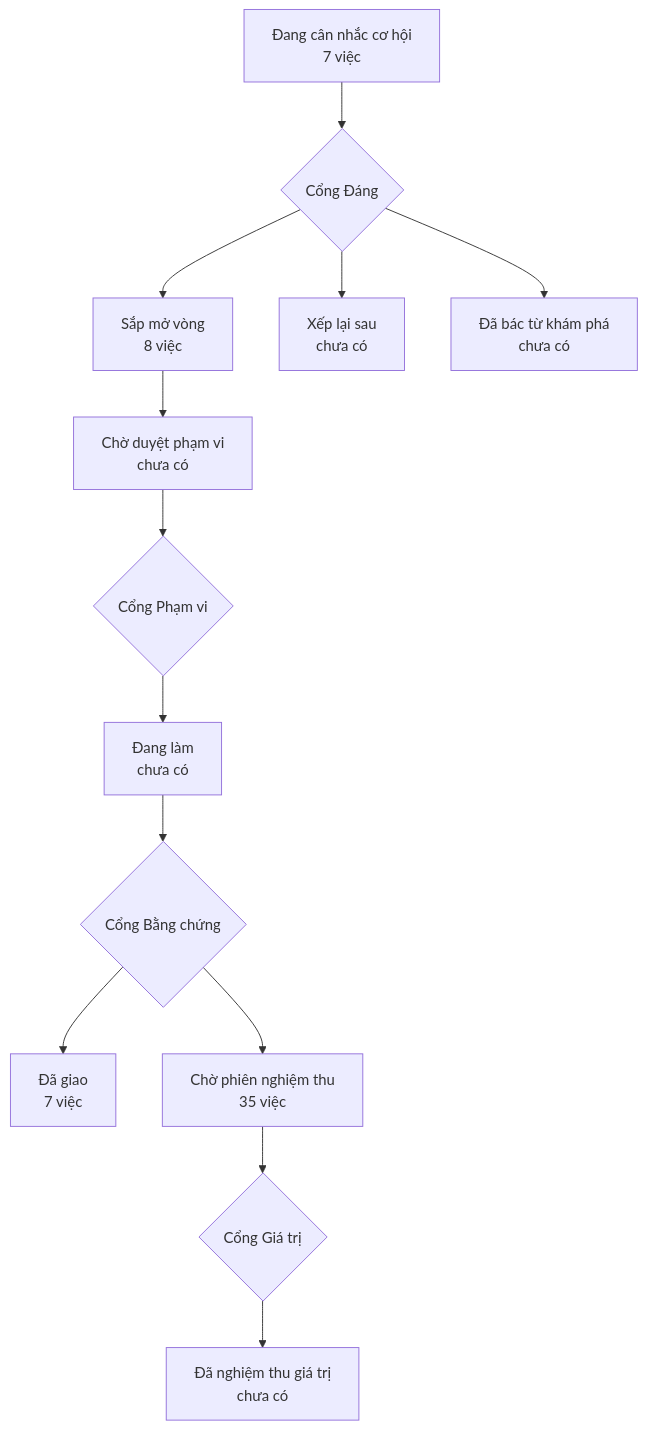
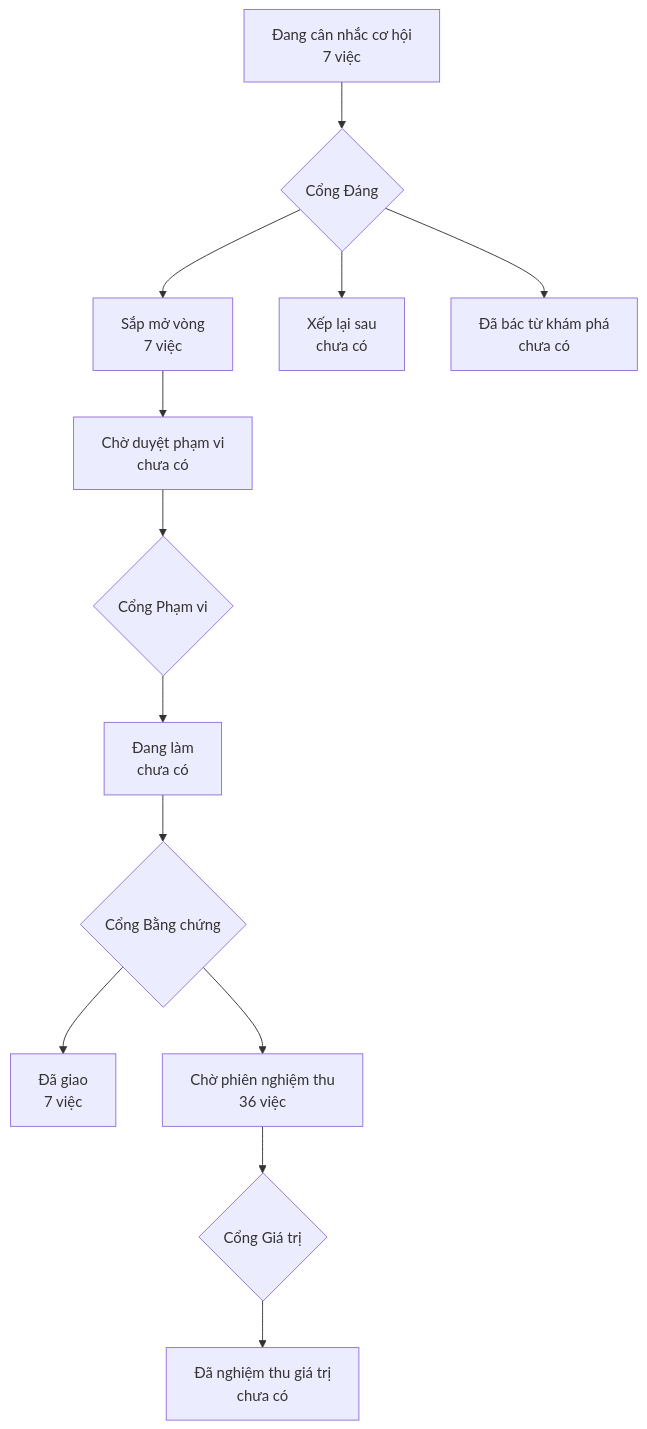
Before and after one commit to phanlemanh/onehub-quy-hang: the diagram in PRODUCT-MAP.md, drawn with Mermaid. The commit also changed other lines of this file and 1 other file, not shown here.

Commit message:
chore: vẽ lại bản đồ và trang lộ trình sau gộp main

````diff
--- a/PRODUCT-MAP.md
+++ b/PRODUCT-MAP.md
@@ -7,12 +7,12 @@
 ```mermaid
 flowchart TD
   A["Đang cân nhắc cơ hội<br/>7 việc"] --> GD{"Cổng Đáng"}
-  GD --> B["Sắp mở vòng<br/>8 việc"]
+  GD --> B["Sắp mở vòng<br/>7 việc"]
   GD --> XL["Xếp lại sau<br/>chưa có"]
   GD --> DB["Đã bác từ khám phá<br/>chưa có"]
   B --> CD["Chờ duyệt phạm vi<br/>chưa có"] --> GP{"Cổng Phạm vi"}
   GP --> DL["Đang làm<br/>chưa có"] --> GB{"Cổng Bằng chứng"}
   GB --> DG["Đã giao<br/>7 việc"]
-  GB --> CN["Chờ phiên nghiệm thu<br/>35 việc"] --> GG{"Cổng Giá trị"}
+  GB --> CN["Chờ phiên nghiệm thu<br/>36 việc"] --> GG{"Cổng Giá trị"}
   GG --> NT["Đã nghiệm thu giá trị<br/>chưa có"]
 ```
````
